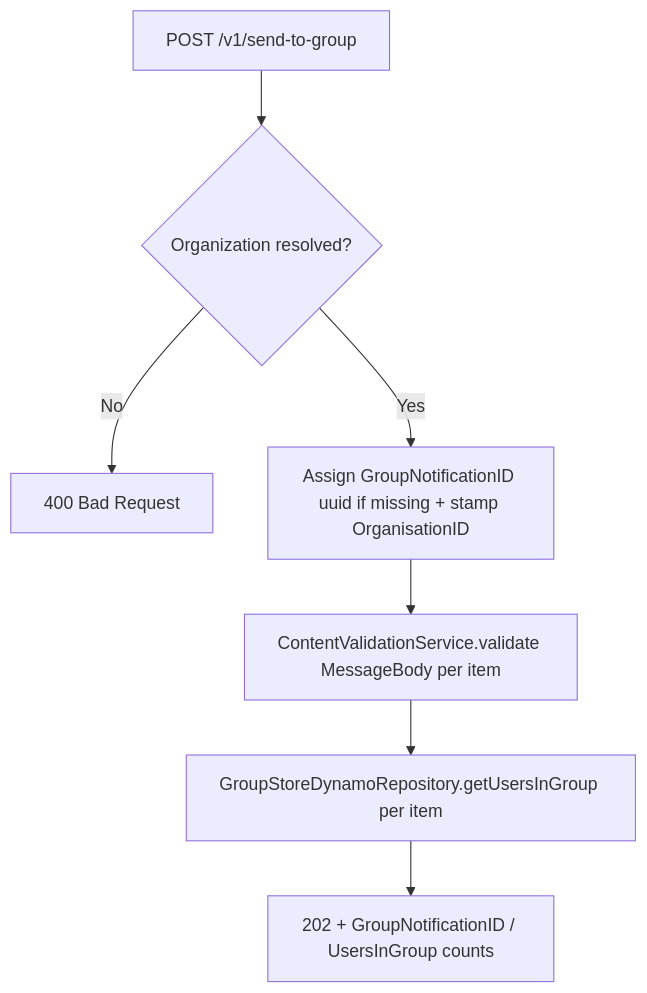
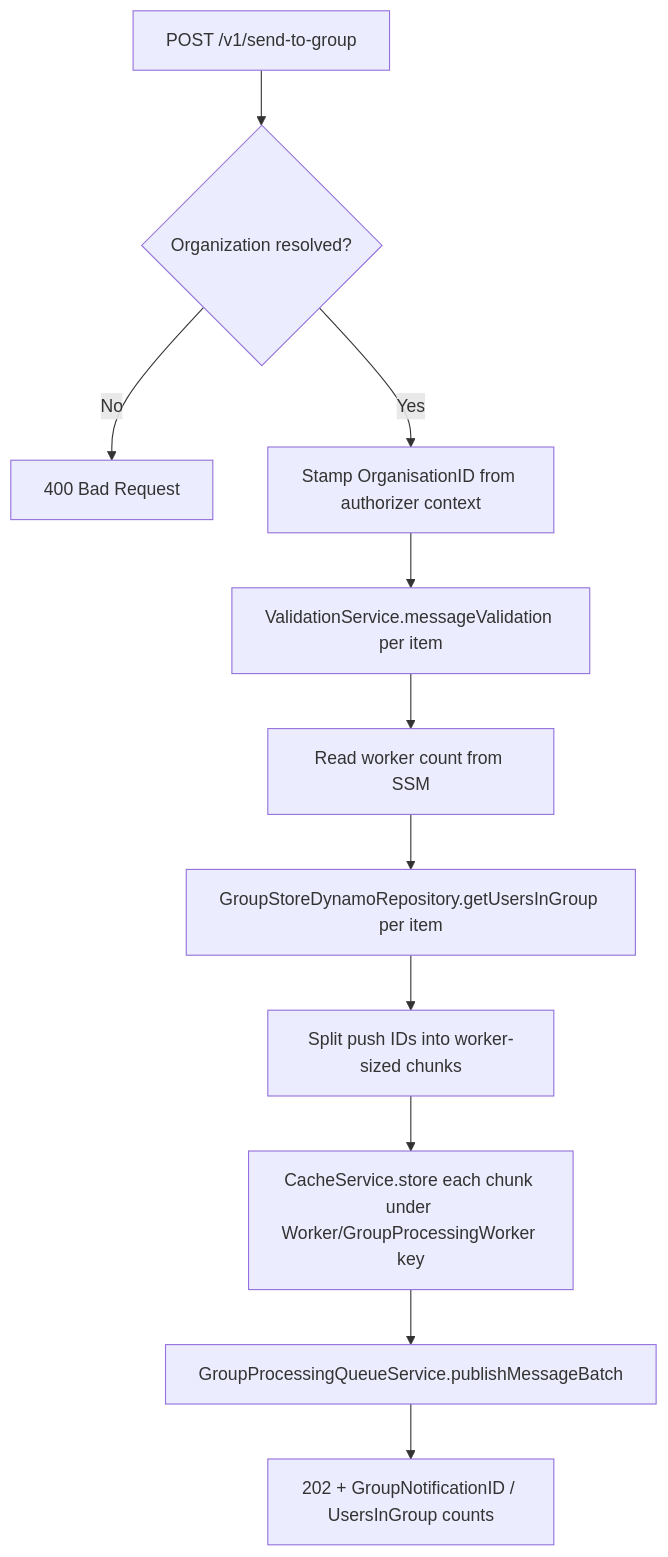
The diagram in src/lambdas/pso/http.postGroupMessage/README.md (govuk-once/gds-unified-notification-service), drawn with Mermaid before and after one commit. The commit also changed other lines of this file and 9 other files, not shown here.

````diff
--- a/src/lambdas/pso/http.postGroupMessage/README.md
+++ b/src/lambdas/pso/http.postGroupMessage/README.md
@@ -38,9 +47,13 @@
 ```mermaid
 flowchart TD
     A["POST /v1/send-to-group"] --> B{Organization resolved?}
     B -- No --> C[400 Bad Request]
-    B -- Yes --> D[Assign GroupNotificationID uuid if missing + stamp OrganisationID]
-    D --> E[ContentValidationService.validate MessageBody per item]
-    E --> F[GroupStoreDynamoRepository.getUsersInGroup per item]
-    F --> G[202 + GroupNotificationID / UsersInGroup counts]
+    B -- Yes --> D[Stamp OrganisationID from authorizer context]
+    D --> E["ValidationService.messageValidation per item"]
+    E --> F[Read worker count from SSM]
+    F --> G["GroupStoreDynamoRepository.getUsersInGroup per item"]
+    G --> H[Split push IDs into worker-sized chunks]
+    H --> I["CacheService.store each chunk under Worker/GroupProcessingWorker key"]
+    I --> J["GroupProcessingQueueService.publishMessageBatch"]
+    J --> K[202 + GroupNotificationID / UsersInGroup counts]
 ```
````
